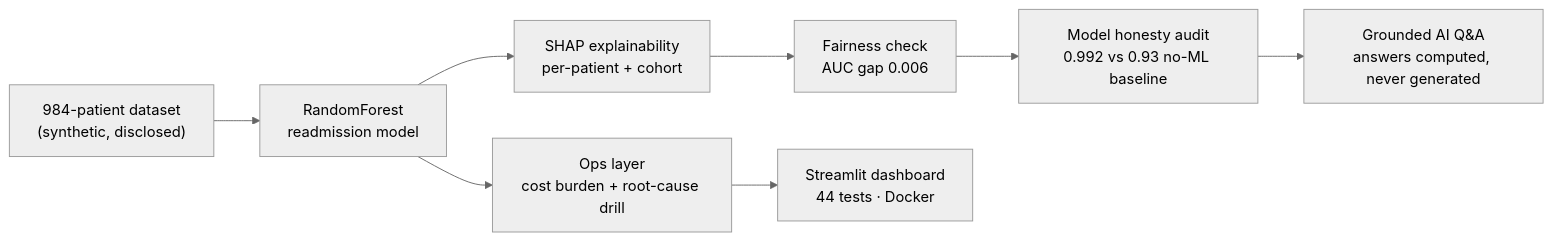
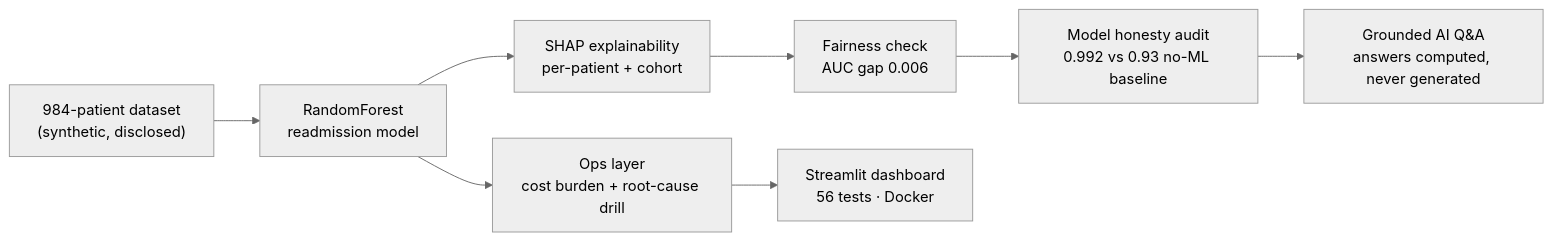
Before and after one commit to rishi-1603/HealthGuard-AI: the diagram in README.md, drawn with Mermaid (neutral theme). The commit also changed other lines of this file and 10 other files, not shown here.

````diff
--- a/README.md
+++ b/README.md
@@ -47,10 +49,10 @@
 ```mermaid
 flowchart LR
     A["984-patient dataset<br/>(synthetic, disclosed)"] --> B["RandomForest<br/>readmission model"]
     B --> C["SHAP explainability<br/>per-patient + cohort"]
     C --> D["Fairness check<br/>AUC gap 0.006"]
     D --> E["Model honesty audit<br/>0.992 vs 0.93 no-ML baseline"]
     E --> F["Grounded AI Q&A<br/>answers computed, never generated"]
     B --> G["Ops layer<br/>cost burden + root-cause drill"]
-    G --> H["Streamlit dashboard<br/>44 tests · Docker"]
+    G --> H["Streamlit dashboard<br/>56 tests · Docker"]
 ```
````
